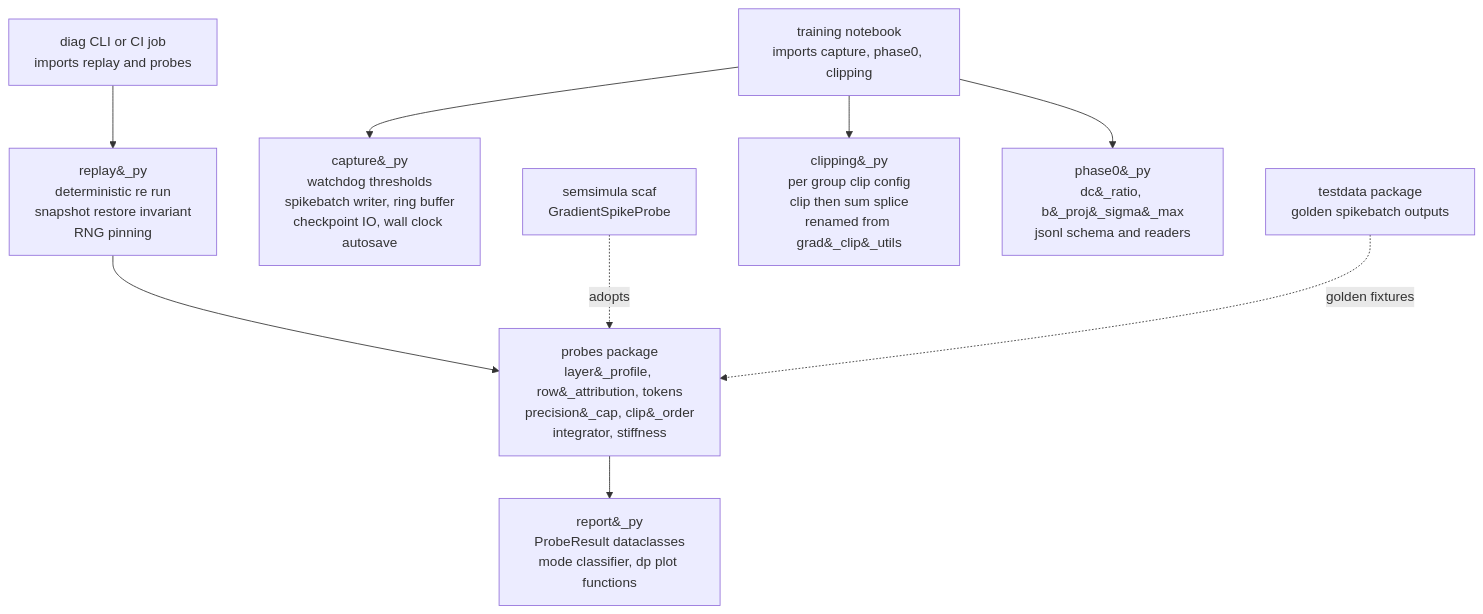
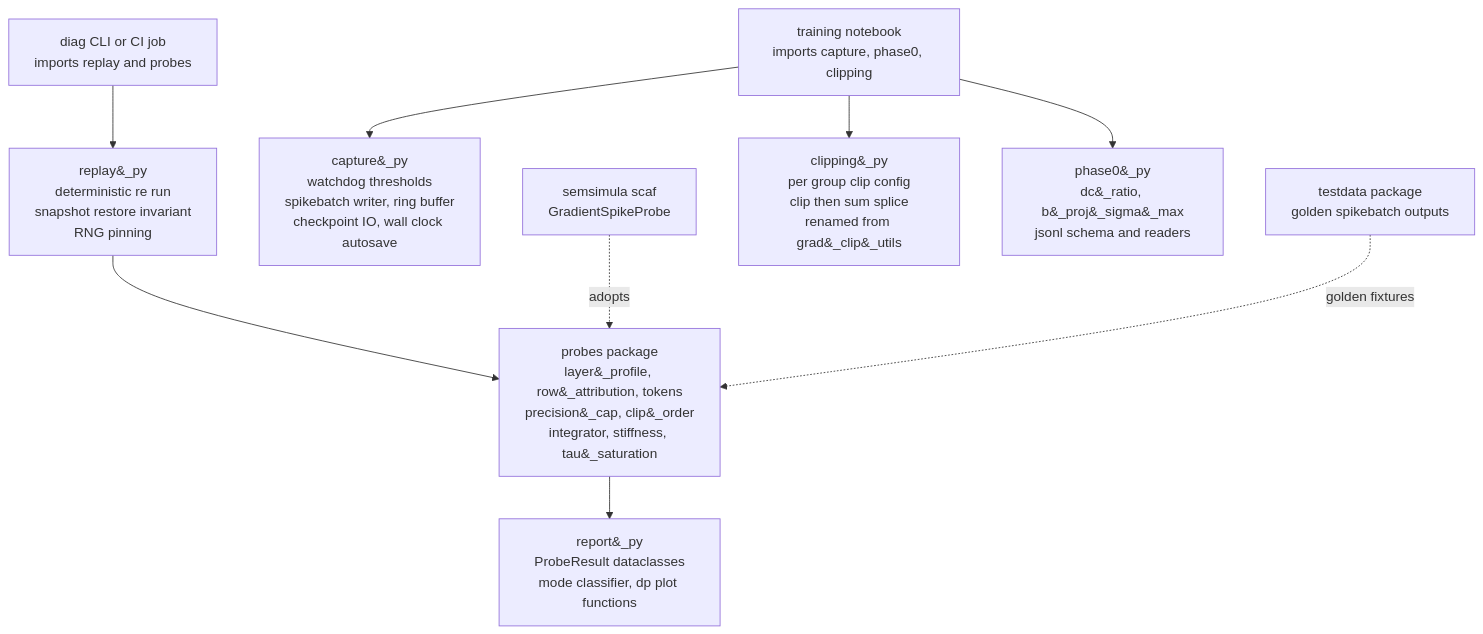
The fourth of 4 diagrams in companion_notes/Diagnostic_Programme_in_CfC_BAOAB_Integrator.md (dimitarpg13/semsimula-paper), drawn with Mermaid before and after one commit. The commit also changed other lines of this file and 11 other files, not shown here.

````diff
--- a/companion_notes/Diagnostic_Programme_in_CfC_BAOAB_Integrator.md
+++ b/companion_notes/Diagnostic_Programme_in_CfC_BAOAB_Integrator.md
@@ -580,22 +585,22 @@
 ```mermaid
 flowchart TB
     NB["training notebook<br>imports capture, phase0, clipping"]
     CLI["diag CLI or CI job<br>imports replay and probes"]
     SCAF["semsimula scaf<br>GradientSpikeProbe"]
     CAP["capture&#95;py<br>watchdog thresholds<br>spikebatch writer, ring buffer<br>checkpoint IO, wall clock autosave"]
     REP["replay&#95;py<br>deterministic re run<br>snapshot restore invariant<br>RNG pinning"]
     CLIPM["clipping&#95;py<br>per group clip config<br>clip then sum splice<br>renamed from grad&#95;clip&#95;utils"]
-    PROBE["probes package<br>layer&#95;profile, row&#95;attribution, tokens<br>precision&#95;cap, clip&#95;order<br>integrator, stiffness"]
+    PROBE["probes package<br>layer&#95;profile, row&#95;attribution, tokens<br>precision&#95;cap, clip&#95;order<br>integrator, stiffness, tau&#95;saturation"]
     LOG["phase0&#95;py<br>dc&#95;ratio, b&#95;proj&#95;sigma&#95;max<br>jsonl schema and readers"]
     REPORT["report&#95;py<br>ProbeResult dataclasses<br>mode classifier, dp plot functions"]
     TESTDATA["testdata package<br>golden spikebatch outputs"]
 
     NB --> CAP
     NB --> LOG
     NB --> CLIPM
     CLI --> REP
     REP --> PROBE
     PROBE --> REPORT
     SCAF -.->|adopts| PROBE
     TESTDATA -.->|golden fixtures| PROBE
 ```
````
